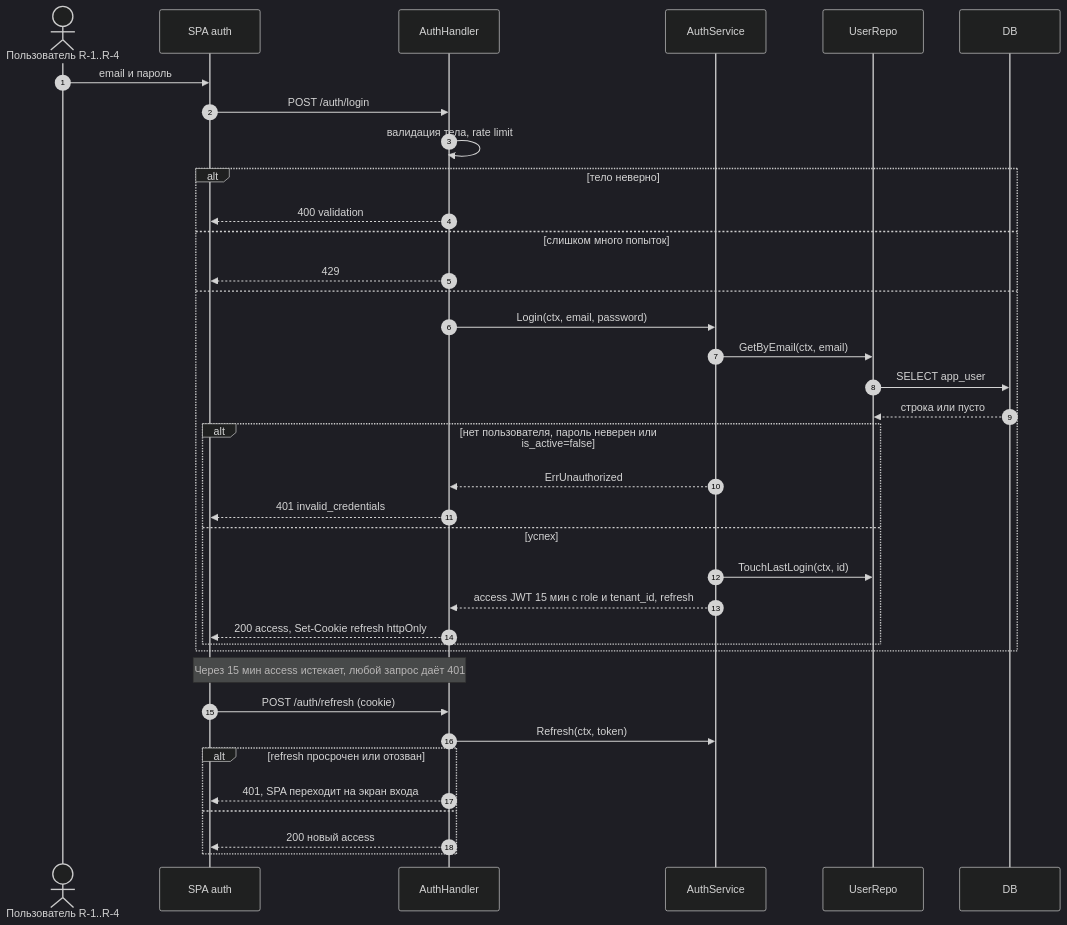
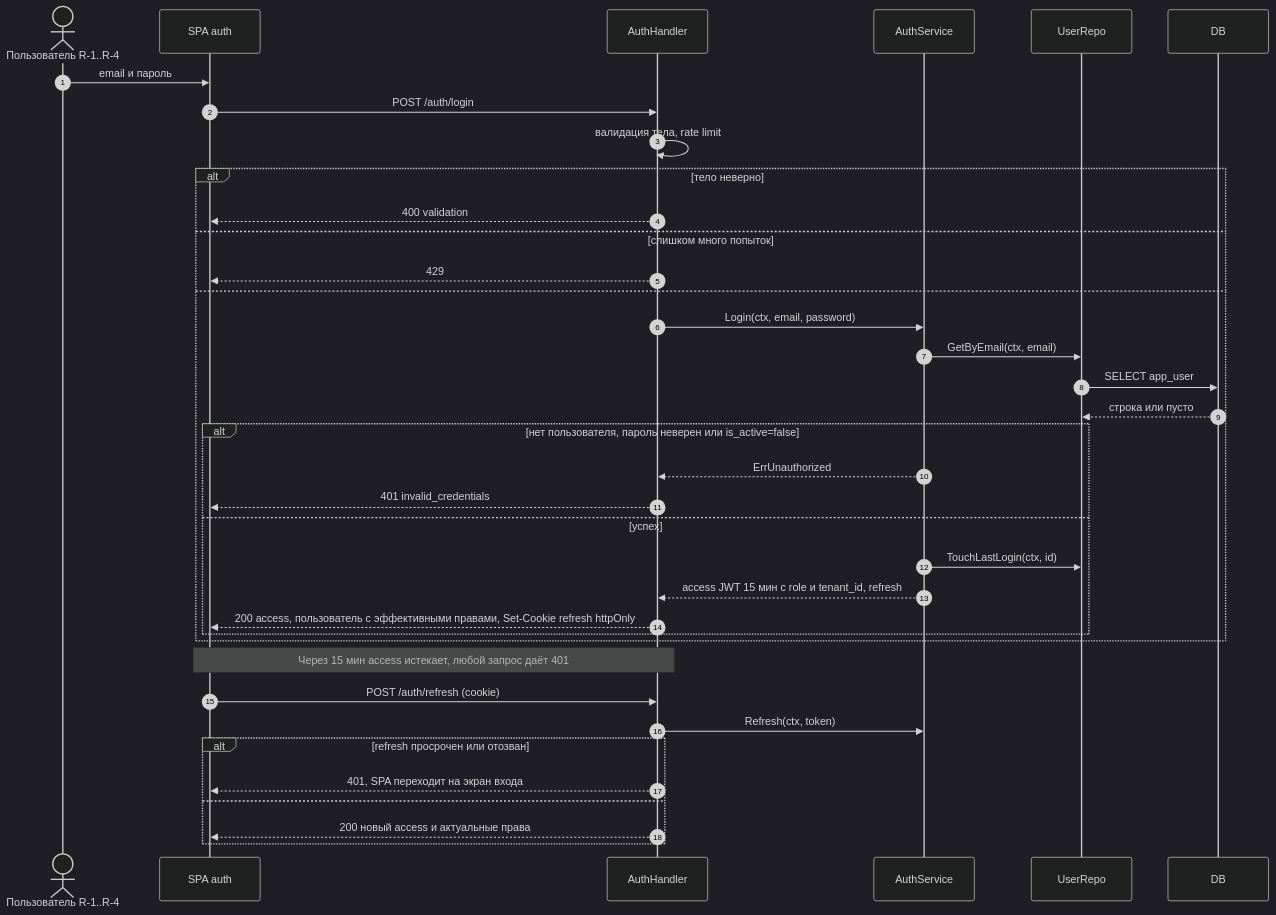
One commit to MangriMen/UCRP changed the first of 9 diagrams in docs/design/09-sequence-diagrams.md. Above: the diagram before and after it, drawn with Mermaid (dark theme). The commit also changed 13 other files, not shown here.

````diff
--- a/docs/design/09-sequence-diagrams.md
+++ b/docs/design/09-sequence-diagrams.md
@@ -7,39 +7,39 @@
 ```mermaid
 sequenceDiagram
   autonumber
   actor U as Пользователь R-1..R-4
   participant SPA as SPA auth
   participant H as AuthHandler
   participant S as AuthService
   participant R as UserRepo
   participant DB as DB
   U->>SPA: email и пароль
   SPA->>H: POST /auth/login
   H->>H: валидация тела, rate limit
   alt тело неверно
     H-->>SPA: 400 validation
   else слишком много попыток
     H-->>SPA: 429
   else
     H->>S: Login(ctx, email, password)
     S->>R: GetByEmail(ctx, email)
     R->>DB: SELECT app_user
     DB-->>R: строка или пусто
     alt нет пользователя, пароль неверен или is_active=false
       S-->>H: ErrUnauthorized
       H-->>SPA: 401 invalid_credentials
     else успех
       S->>R: TouchLastLogin(ctx, id)
       S-->>H: access JWT 15 мин с role и tenant_id, refresh
-      H-->>SPA: 200 access, Set-Cookie refresh httpOnly
+      H-->>SPA: 200 access, пользователь с эффективными правами, Set-Cookie refresh httpOnly
     end
   end
   Note over SPA,H: Через 15 мин access истекает, любой запрос даёт 401
   SPA->>H: POST /auth/refresh (cookie)
   H->>S: Refresh(ctx, token)
   alt refresh просрочен или отозван
     H-->>SPA: 401, SPA переходит на экран входа
   else
-    H-->>SPA: 200 новый access
+    H-->>SPA: 200 новый access и актуальные права
   end
 ```
````
